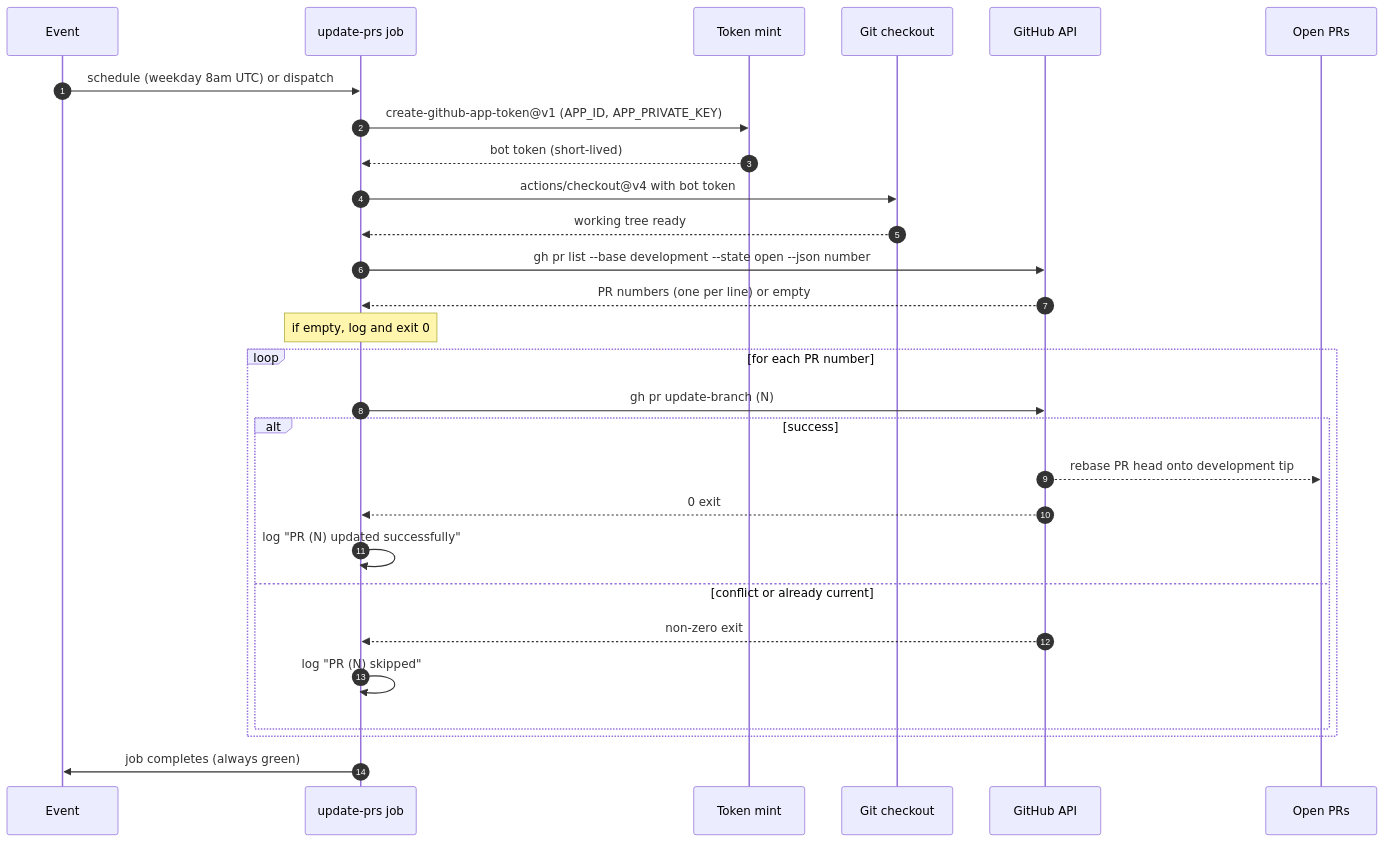
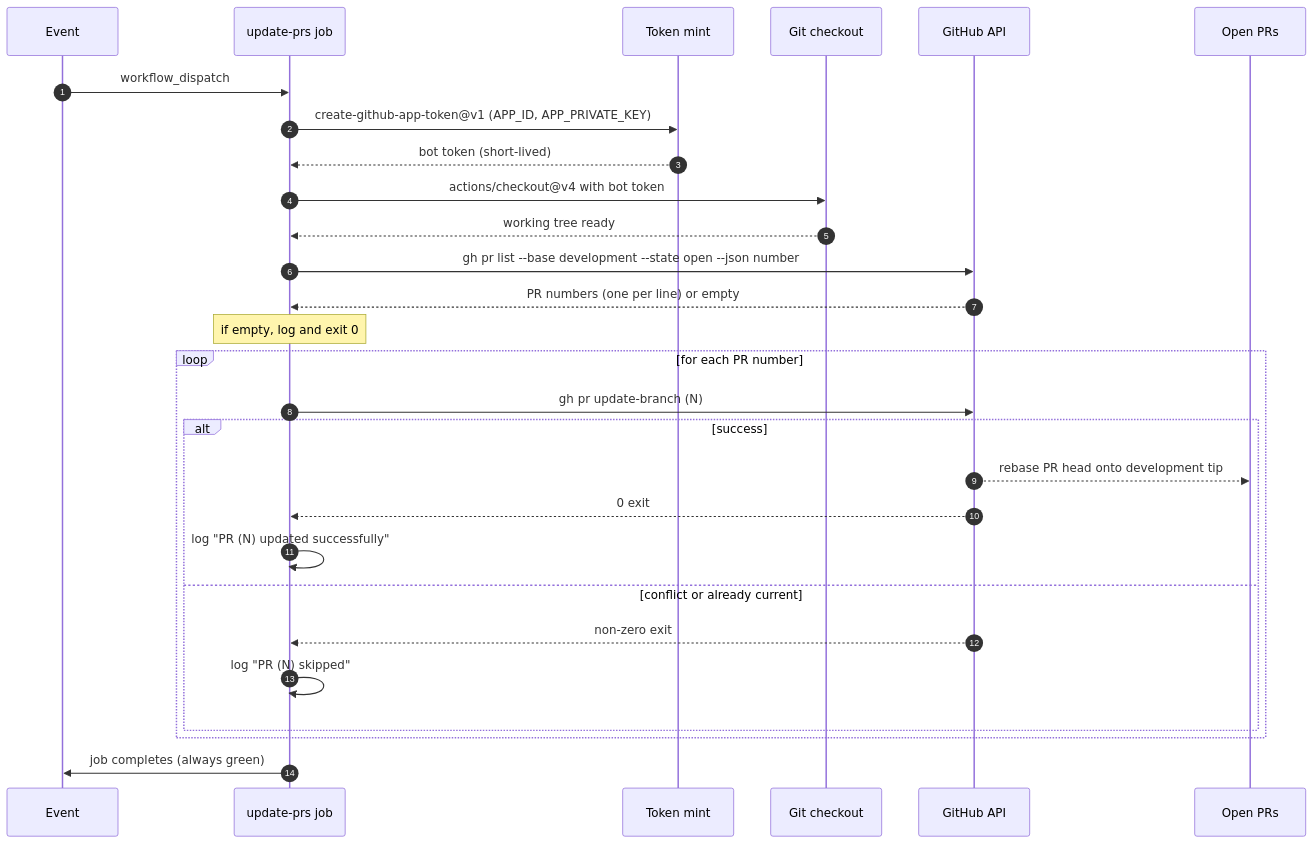
The fourth of 9 diagrams in .github/docs/UPDATE_PRS_DEEP_DIVE.md (gregreindel/llm-exe), drawn with Mermaid before and after one commit. The commit also changed other lines of this file and 5 other files, not shown here.

````diff
--- a/.github/docs/UPDATE_PRS_DEEP_DIVE.md
+++ b/.github/docs/UPDATE_PRS_DEEP_DIVE.md
@@ -146,31 +138,31 @@
 ```mermaid
 sequenceDiagram
     autonumber
     participant E as Event
     participant J as update-prs job
     participant T as Token mint
     participant G as Git checkout
     participant GH as GitHub API
     participant PR as Open PRs
 
-    E->>J: schedule (weekday 8am UTC) or dispatch
+    E->>J: workflow_dispatch
     J->>T: create-github-app-token@v1 (APP_ID, APP_PRIVATE_KEY)
     T-->>J: bot token (short-lived)
     J->>G: actions/checkout@v4 with bot token
     G-->>J: working tree ready
     J->>GH: gh pr list --base development --state open --json number
     GH-->>J: PR numbers (one per line) or empty
     Note over J: if empty, log and exit 0
     loop for each PR number
         J->>GH: gh pr update-branch (N)
         alt success
             GH-->>PR: rebase PR head onto development tip
             GH-->>J: 0 exit
             J->>J: log "PR (N) updated successfully"
         else conflict or already current
             GH-->>J: non-zero exit
             J->>J: log "PR (N) skipped"
         end
     end
     J->>E: job completes (always green)
 ```
````
